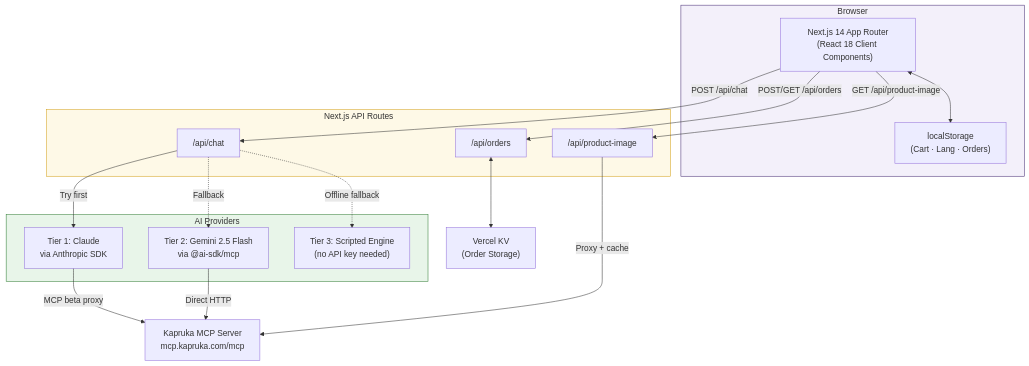
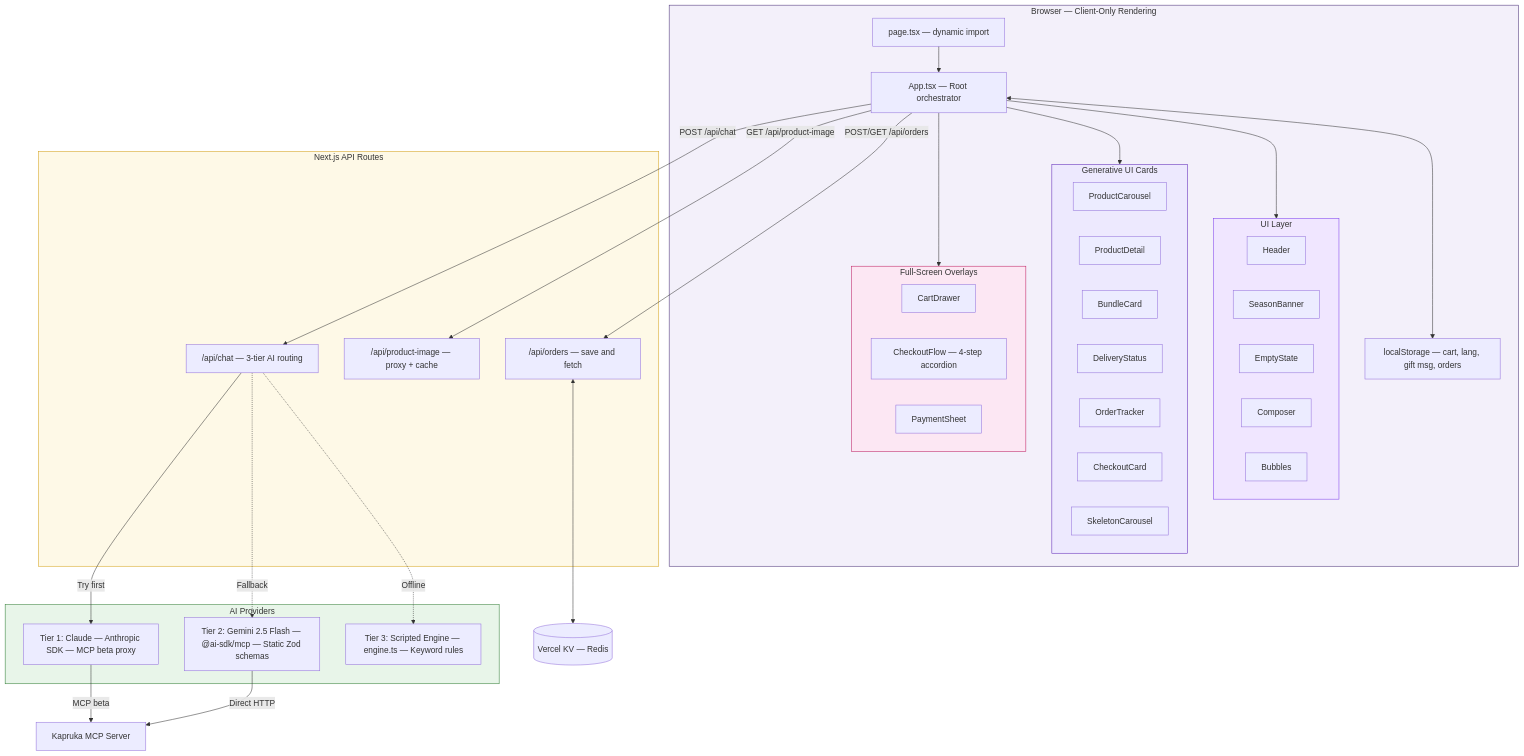
Before and after one commit to LasaKaru/kapri: the second of 5 diagrams in README.md, drawn with Mermaid. The commit also changed other lines of this file and 2 other files, not shown here.

Commit message:
feat: implement Gemini MCP integration and system prompt orchestration

````diff
--- a/README.md
+++ b/README.md
@@ -32,41 +118,74 @@
 ```mermaid
 graph TB
-    subgraph Client ["Browser"]
-        UI["Next.js 14 App Router<br/>(React 18 Client Components)"]
-        LS["localStorage<br/>(Cart · Lang · Orders)"]
+    subgraph Client ["Browser — Client-Only Rendering"]
+        PAGE["page.tsx — dynamic import"]
+        APP["App.tsx — Root orchestrator"]
+        
+        subgraph UILayer ["UI Layer"]
+            HEADER["Header"]
+            SEASON["SeasonBanner"]
+            EMPTY["EmptyState"]
+            COMPOSER["Composer"]
+            BUBBLES["Bubbles"]
+        end
+
+        subgraph GenUI ["Generative UI Cards"]
+            PC["ProductCarousel"]
+            PD["ProductDetail"]
+            BC["BundleCard"]
+            DS["DeliveryStatus"]
+            OT["OrderTracker"]
+            CC["CheckoutCard"]
+            SK["SkeletonCarousel"]
+        end
+
+        subgraph Overlays ["Full-Screen Overlays"]
+            CART["CartDrawer"]
+            CHECKOUT["CheckoutFlow — 4-step accordion"]
+            PAY["PaymentSheet"]
+        end
+
+        LS["localStorage — cart, lang, gift msg, orders"]
     end
 
     subgraph Server ["Next.js API Routes"]
-        CHAT["/api/chat"]
-        IMG["/api/product-image"]
-        ORD["/api/orders"]
+        CHAT["/api/chat — 3-tier AI routing"]
+        IMG["/api/product-image — proxy + cache"]
+        ORDERS["/api/orders — save and fetch"]
     end
 
     subgraph AI ["AI Providers"]
-        T1["Tier 1: Claude<br/>via Anthropic SDK"]
-        T2["Tier 2: Gemini 2.5 Flash<br/>via @ai-sdk/mcp"]
-        T3["Tier 3: Scripted Engine<br/>(no API key needed)"]
+        T1["Tier 1: Claude — Anthropic SDK — MCP beta proxy"]
+        T2["Tier 2: Gemini 2.5 Flash — @ai-sdk/mcp — Static Zod schemas"]
+        T3["Tier 3: Scripted Engine — engine.ts — Keyword rules"]
     end
 
-    KV["Vercel KV<br/>(Order Storage)"]
-    MCP["Kapruka MCP Server<br/>mcp.kapruka.com/mcp"]
+    KV[("Vercel KV — Redis")]
+    MCP["Kapruka MCP Server"]
 
-    UI -- "POST /api/chat" --> CHAT
-    UI -- "GET /api/product-image" --> IMG
-    UI -- "POST/GET /api/orders" --> ORD
-    UI <--> LS
+    PAGE --> APP
+    APP --> UILayer
+    APP --> GenUI
+    APP --> Overlays
+    APP <--> LS
+
+    APP -- "POST /api/chat" --> CHAT
+    APP -- "GET /api/product-image" --> IMG
+    APP -- "POST/GET /api/orders" --> ORDERS
 
     CHAT -- "Try first" --> T1
     CHAT -. "Fallback" .-> T2
-    CHAT -. "Offline fallback" .-> T3
+    CHAT -. "Offline" .-> T3
 
-    T1 -- "MCP beta proxy" --> MCP
+    T1 -- "MCP beta" --> MCP
     T2 -- "Direct HTTP" --> MCP
 
-    ORD <--> KV
-    IMG -- "Proxy + cache" --> MCP
+    ORDERS <--> KV
 
     style Client fill:#f3f0fa,stroke:#442A73
     style Server fill:#fef9e7,stroke:#d4a017
     style AI fill:#e8f5e9,stroke:#2e7d32
+    style UILayer fill:#f0e6ff,stroke:#7c3aed
+    style GenUI fill:#ede9fe,stroke:#5b21b6
+    style Overlays fill:#fce7f3,stroke:#be185d
 ```
````
